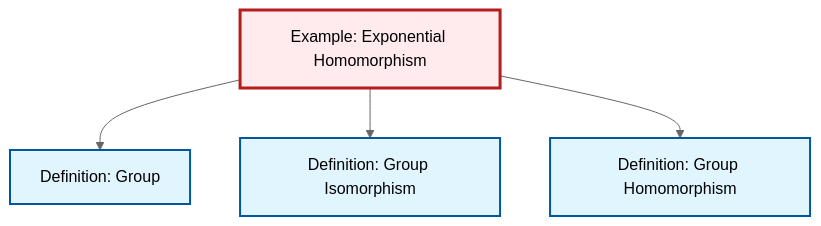
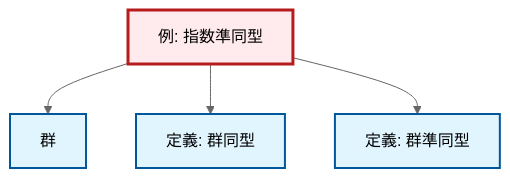
The diagram in content/ja/algebra/ex-exponential-homomorphism.qmd (RK0429/ModernMath), drawn with Mermaid (neutral theme) before and after one commit. The commit also changed 1069 other files, not shown here.

````diff
--- a/content/ja/algebra/ex-exponential-homomorphism.qmd
+++ b/content/ja/algebra/ex-exponential-homomorphism.qmd
@@ -46,20 +46,20 @@
 ```{mermaid}
 %%| fig-cap: "Local dependency graph"
 graph TD
     classDef definition fill:#e1f5fe,stroke:#01579b,stroke-width:2px
     classDef theorem fill:#f3e5f5,stroke:#4a148c,stroke-width:2px
     classDef axiom fill:#fff3e0,stroke:#e65100,stroke-width:2px
     classDef example fill:#e8f5e9,stroke:#1b5e20,stroke-width:2px
     classDef current fill:#ffebee,stroke:#b71c1c,stroke-width:3px
-    def-isomorphism["Definition: Group Isomorphism"]:::definition
-    def-group["Definition: Group"]:::definition
-    def-homomorphism["Definition: Group Homomorphism"]:::definition
-    ex-exponential-homomorphism["Example: Exponential Homomorphism"]:::example
+    ex-exponential-homomorphism["例: 指数準同型"]:::example
+    def-homomorphism["定義: 群準同型"]:::definition
+    def-isomorphism["定義: 群同型"]:::definition
+    def-group["群"]:::definition
     ex-exponential-homomorphism --> def-group
     ex-exponential-homomorphism --> def-isomorphism
     ex-exponential-homomorphism --> def-homomorphism
     class ex-exponential-homomorphism current
-    click def-isomorphism "def-isomorphism.html" "Definition: Group Isomorphismへ"
-    click def-group "def-group.html" "Definition: Groupへ"
-    click def-homomorphism "def-homomorphism.html" "Definition: Group Homomorphismへ"
+    click def-homomorphism "def-homomorphism.html" "群準同型の定義へ"
+    click def-isomorphism "def-isomorphism.html" "群同型の定義へ"
+    click def-group "def-group.html" "群へ"
 ```
````
